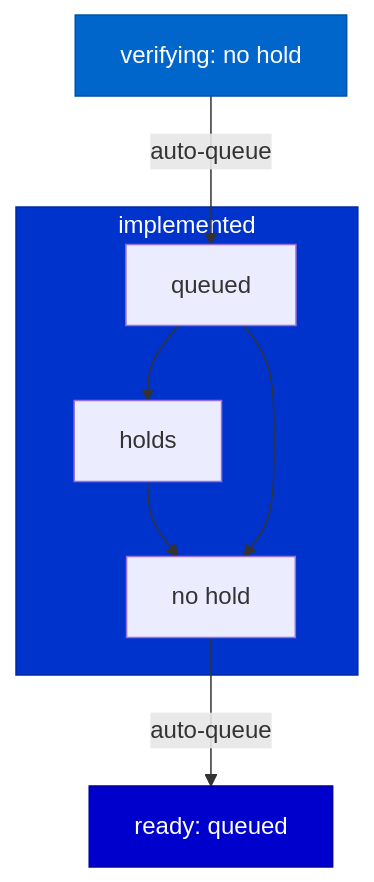
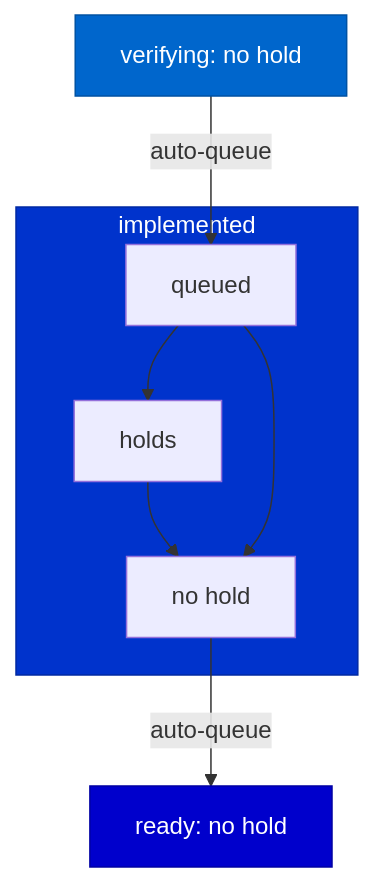
The diagram in claude/skills/story-tree/references/workflow6-implemented.md (Mharbulous/StoryTree), drawn with Mermaid before and after one commit. The commit also changed 6 other files, not shown here.

````diff
--- a/claude/skills/story-tree/references/workflow6-implemented.md
+++ b/claude/skills/story-tree/references/workflow6-implemented.md
@@ -9,22 +9,22 @@
 ```mermaid
 flowchart TB
     verifying[verifying: no hold] -->|auto-queue| i_q
 
     subgraph impl_stage [implemented]
         i_q[queued]
         i_h[holds]
         i_clear[no hold]
         i_q --> i_h
         i_h --> i_clear
         i_q --> i_clear
     end
 
-    i_clear -->|auto-queue| ready[ready: queued]
+    i_clear -->|auto-queue| ready[ready: no hold]
 
     classDef verifyingBox fill:#0066CC,stroke:#0052A3,color:#fff
     classDef implementedBox fill:#0033CC,stroke:#0029A3,color:#fff
     classDef readyBox fill:#0000CC,stroke:#0000A3,color:#fff
     class verifying verifyingBox
     class impl_stage implementedBox
     class ready readyBox
 ```
````
